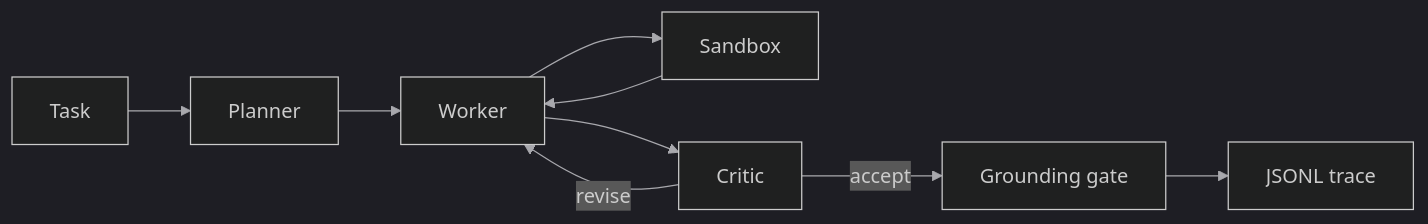
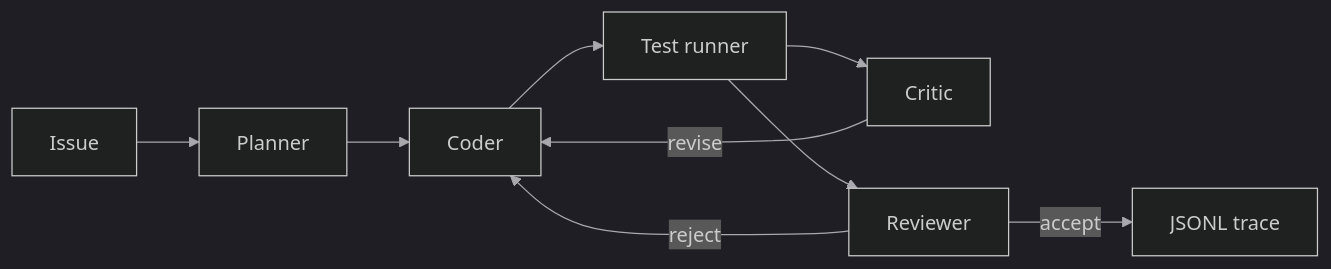
One commit to shmorsi/orbit-multi-agent changed the first of 2 diagrams in README.md. Above: the diagram before and after it, drawn with Mermaid. The commit also changed other lines of this file and 334 other files, not shown here.

````diff
--- a/README.md
+++ b/README.md
@@ -29,12 +81,12 @@
 ```mermaid
 %%{init: {"theme": "dark", "themeVariables": {"background": "#000000", "primaryColor": "#000000", "primaryTextColor": "#f5f5f7", "primaryBorderColor": "#8ec5ff", "lineColor": "#a8a8ad", "fontFamily": "Inter Tight, Helvetica, Arial, sans-serif"}}}%%
 flowchart LR
-  task[Task] --> planner[Planner]
-  planner --> worker[Worker]
-  worker --> tools[Sandbox]
-  tools --> worker
-  worker --> critic[Critic]
-  critic -->|revise| worker
-  critic -->|accept| gate[Grounding gate]
-  gate --> trace[JSONL trace]
+  issue[Issue] --> planner[Planner]
+  planner --> coder[Coder]
+  coder --> tests[Test runner]
+  tests --> critic[Critic]
+  critic -->|revise| coder
+  tests --> reviewer[Reviewer]
+  reviewer -->|reject| coder
+  reviewer -->|accept| trace[JSONL trace]
 ```
````
